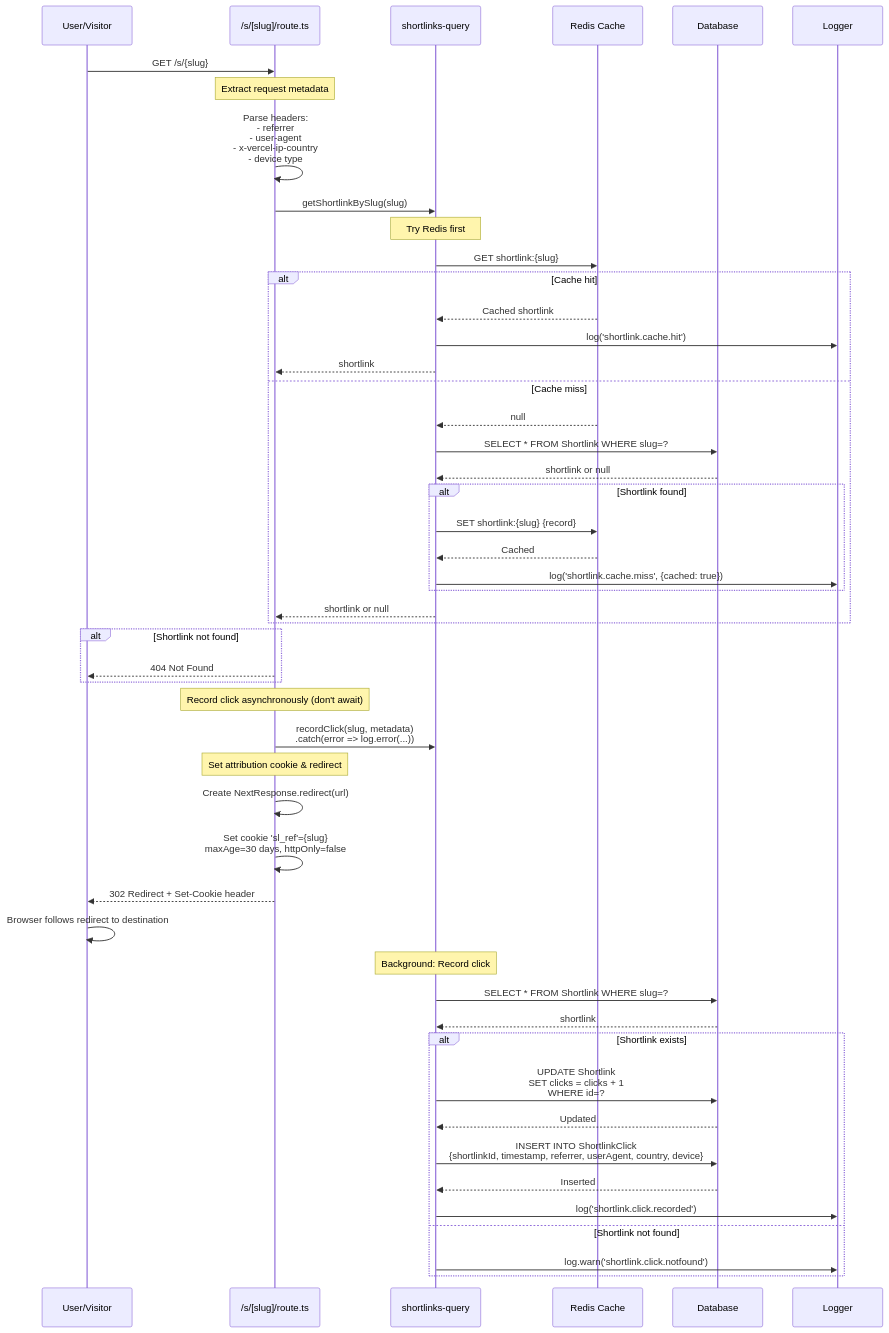
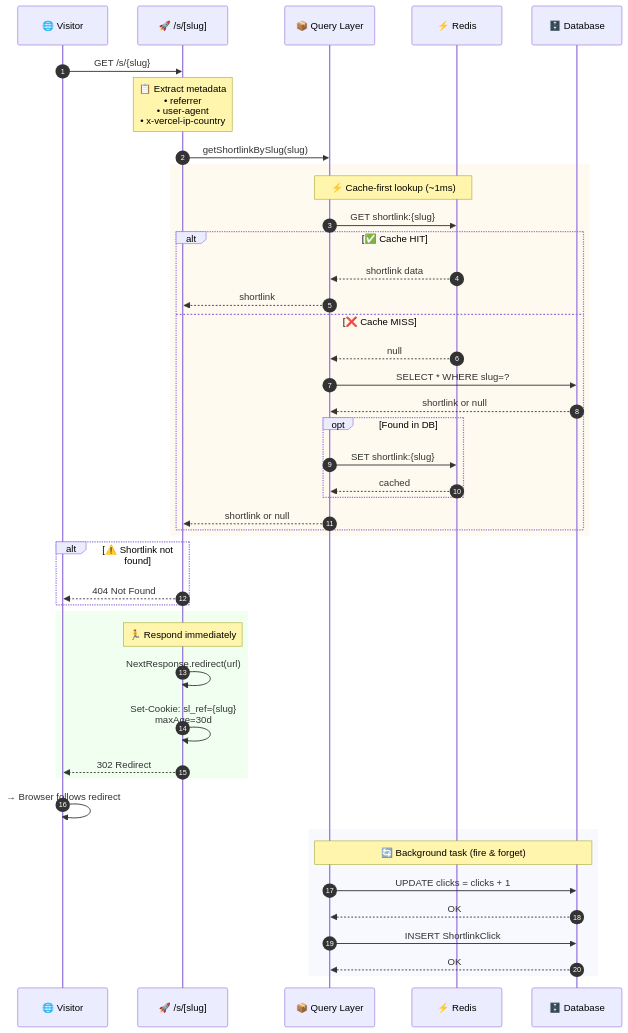
One commit to badass-courses/course-builder changed the third of 9 diagrams in apps/ai-hero/docs/flows/shortlinks.md. Above: the diagram before and after it, drawn with Mermaid. The commit also changed other lines of this file, not shown here.

First line of the commit message:
style(aih): enhance mermaid diagrams with theming, autonumber, and styling

````diff
--- a/apps/ai-hero/docs/flows/shortlinks.md
+++ b/apps/ai-hero/docs/flows/shortlinks.md
@@ -152,67 +177,67 @@
 ```mermaid
 sequenceDiagram
-    participant User as User/Visitor
-    participant Route as /s/[slug]/route.ts
-    participant Query as shortlinks-query
-    participant Redis as Redis Cache
-    participant DB as Database
-    participant Logger as Logger
+    autonumber
+    %% ━━━━━━━━━━━━━━━━━━━━━━━━━━━━━━━━━━━━━━━━━━━━━━━━━━━━━━━━━━━━━━
+    %% User clicks shortlink → fast redirect + async click tracking
+    %% Critical path: lookup → redirect (must be fast!)
+    %% ━━━━━━━━━━━━━━━━━━━━━━━━━━━━━━━━━━━━━━━━━━━━━━━━━━━━━━━━━━━━━━
 
+    participant User as 🌐 Visitor
+    participant Route as 🚀 /s/[slug]
+    participant Query as 📦 Query Layer
+    participant Redis as ⚡ Redis
+    participant DB as 🗄️ Database
+
+    %% Step 1: Incoming request
     User->>Route: GET /s/{slug}
 
-    Note over Route: Extract request metadata
-    Route->>Route: Parse headers:<br/>- referrer<br/>- user-agent<br/>- x-vercel-ip-country<br/>- device type
+    Note over Route: 📋 Extract metadata<br/>• referrer<br/>• user-agent<br/>• x-vercel-ip-country
 
+    %% Step 2: Fast lookup (Redis-first)
     Route->>Query: getShortlinkBySlug(slug)
 
-    Note over Query: Try Redis first
-    Query->>Redis: GET shortlink:{slug}
+    rect rgb(255, 250, 240)
+        Note over Query,Redis: ⚡ Cache-first lookup (~1ms)
+        Query->>Redis: GET shortlink:{slug}
 
-    alt Cache hit
-        Redis-->>Query: Cached shortlink
-        Query->>Logger: log('shortlink.cache.hit')
-        Query-->>Route: shortlink
-    else Cache miss
-        Redis-->>Query: null
-        Query->>DB: SELECT * FROM Shortlink WHERE slug=?
-        DB-->>Query: shortlink or null
+        alt ✅ Cache HIT
+            Redis-->>Query: shortlink data
+            Query-->>Route: shortlink
+        else ❌ Cache MISS
+            Redis-->>Query: null
+            Query->>DB: SELECT * WHERE slug=?
+            DB-->>Query: shortlink or null
 
-        alt Shortlink found
-            Query->>Redis: SET shortlink:{slug} {record}
-            Redis-->>Query: Cached
-            Query->>Logger: log('shortlink.cache.miss', {cached: true})
+            opt Found in DB
+                Query->>Redis: SET shortlink:{slug}
+                Redis-->>Query: cached
+            end
+
+            Query-->>Route: shortlink or null
         end
-
-        Query-->>Route: shortlink or null
     end
 
-    alt Shortlink not found
+    %% Step 3: Handle not found
+    alt ⚠️ Shortlink not found
         Route-->>User: 404 Not Found
     end
 
-    Note over Route: Record click asynchronously (don't await)
-    Route->>Query: recordClick(slug, metadata)<br/>.catch(error => log.error(...))
+    %% Step 4: Fast response (don't wait for click recording)
+    rect rgb(240, 255, 240)
+        Note over Route: 🏃 Respond immediately
+        Route->>Route: NextResponse.redirect(url)
+        Route->>Route: Set-Cookie: sl_ref={slug}<br/>maxAge=30d
+        Route-->>User: 302 Redirect
+    end
 
-    Note over Route: Set attribution cookie & redirect
-    Route->>Route: Create NextResponse.redirect(url)
-    Route->>Route: Set cookie 'sl_ref'={slug}<br/>maxAge=30 days, httpOnly=false
-    Route-->>User: 302 Redirect + Set-Cookie header
+    User->>User: → Browser follows redirect
 
-    User->>User: Browser follows redirect to destination
-
-    Note over Query: Background: Record click
-    Query->>DB: SELECT * FROM Shortlink WHERE slug=?
-    DB-->>Query: shortlink
-
-    alt Shortlink exists
-        Query->>DB: UPDATE Shortlink<br/>SET clicks = clicks + 1<br/>WHERE id=?
-        DB-->>Query: Updated
-
-        Query->>DB: INSERT INTO ShortlinkClick<br/>{shortlinkId, timestamp, referrer, userAgent, country, device}
-        DB-->>Query: Inserted
-
-        Query->>Logger: log('shortlink.click.recorded')
-    else Shortlink not found
-        Query->>Logger: log.warn('shortlink.click.notfound')
+    %% Step 5: Async click recording (background)
+    rect rgb(248, 248, 255)
+        Note over Query,DB: 🔄 Background task (fire & forget)
+        Query->>DB: UPDATE clicks = clicks + 1
+        DB-->>Query: OK
+        Query->>DB: INSERT ShortlinkClick
+        DB-->>Query: OK
     end
 ```
````
